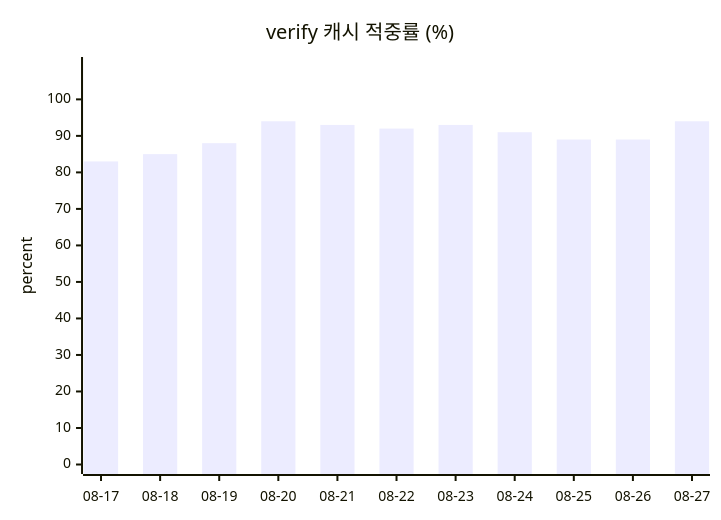
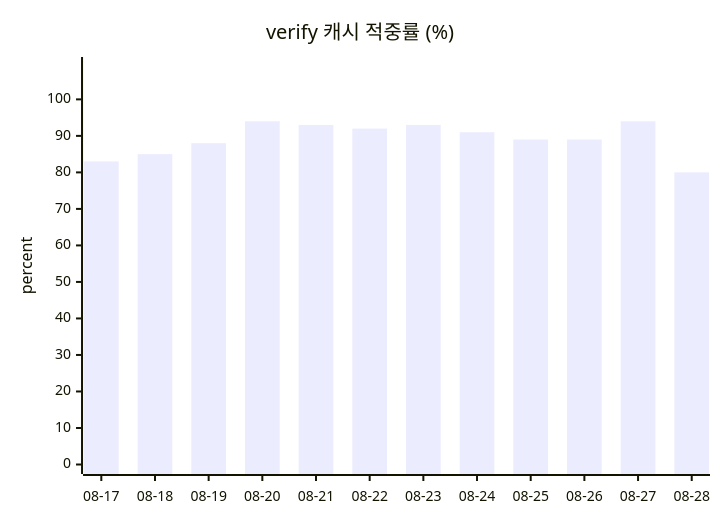
One commit to userri/PinQ-backend changed the second of 2 diagrams in docs/data/token-usage.md. Above: the diagram before and after it, drawn with Mermaid. The commit also changed other lines of this file and 3 other files, not shown here.

````diff
--- a/docs/data/token-usage.md
+++ b/docs/data/token-usage.md
@@ -79,7 +82,7 @@
 ```mermaid
 xychart-beta
     title "verify 캐시 적중률 (%)"
-    x-axis ["08-17", "08-18", "08-19", "08-20", "08-21", "08-22", "08-23", "08-24", "08-25", "08-26", "08-27"]
+    x-axis ["08-17", "08-18", "08-19", "08-20", "08-21", "08-22", "08-23", "08-24", "08-25", "08-26", "08-27", "08-28"]
     y-axis "percent" 0 --> 109
-    bar [83, 85, 88, 94, 93, 92, 93, 91, 89, 89, 94]
+    bar [83, 85, 88, 94, 93, 92, 93, 91, 89, 89, 94, 80]
 ```
````
